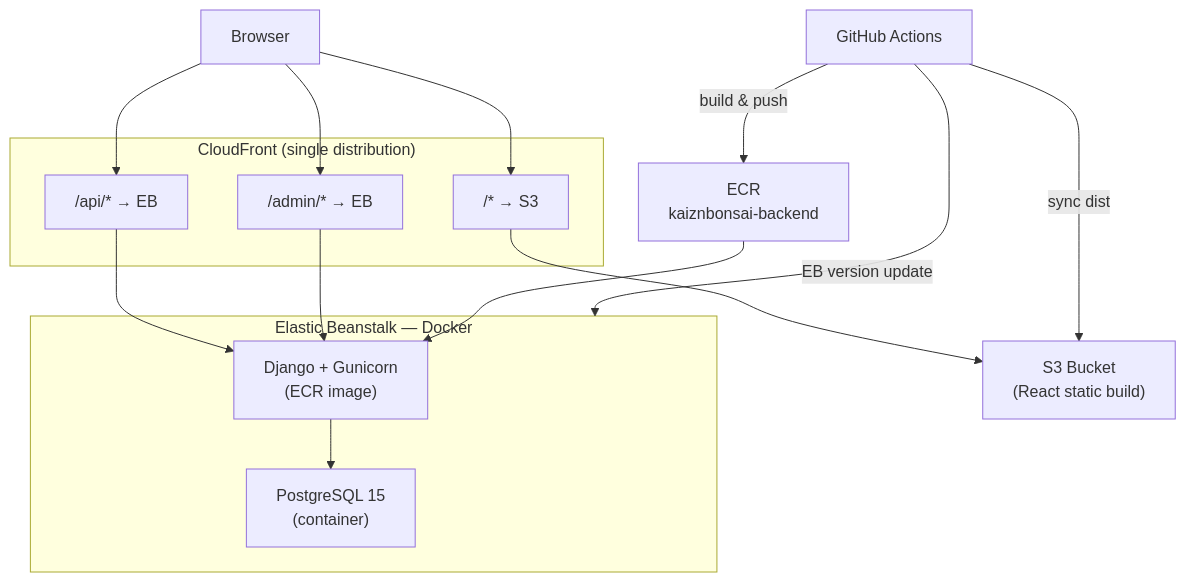
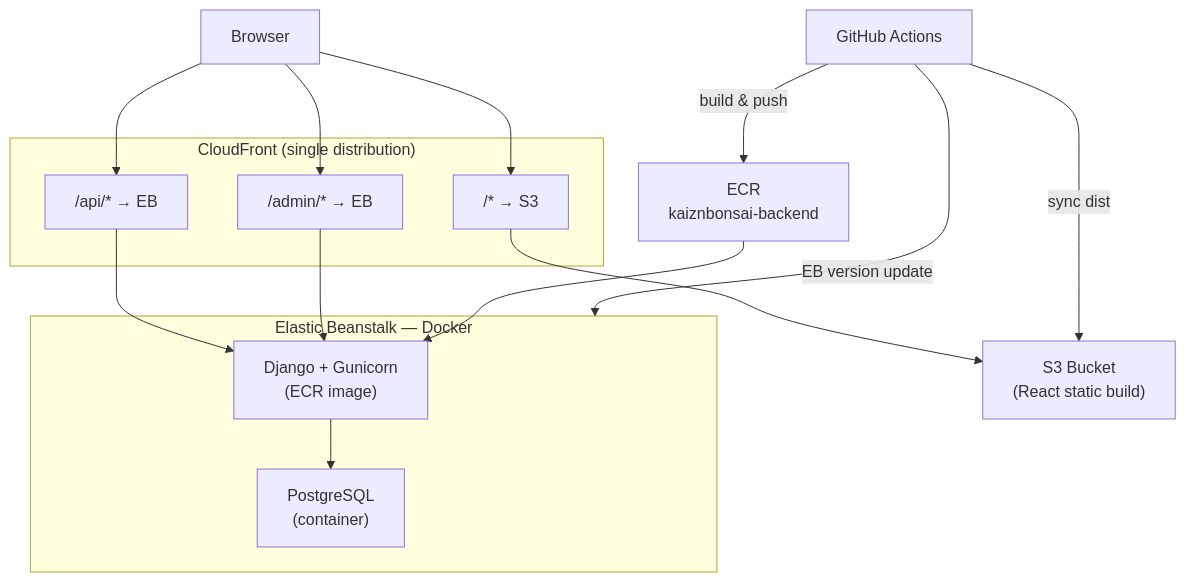
One commit to ahendler/kaiznbonsai changed the diagram in infrastructure/README.md. Above: the diagram before and after it, drawn with Mermaid. The commit also changed other lines of this file and 5 other files, not shown here.

````diff
--- a/infrastructure/README.md
+++ b/infrastructure/README.md
@@ -7,32 +7,32 @@
 ```mermaid
 graph TD
     Browser["Browser"]
 
     subgraph CDN ["CloudFront (single distribution)"]
         CF_S3["/* → S3"]
         CF_API["/api/* → EB"]
         CF_ADMIN["/admin/* → EB"]
     end
 
     S3["S3 Bucket<br/>(React static build)"]
 
     subgraph EB["Elastic Beanstalk — Docker"]
         Django["Django + Gunicorn<br/>(ECR image)"]
-        PG["PostgreSQL 15<br/>(container)"]
+        PG["PostgreSQL<br/>(container)"]
     end
 
     ECR["ECR<br/>kaiznbonsai-backend"]
     GHA["GitHub Actions"]
 
     Browser --> CF_S3
     Browser --> CF_API
     Browser --> CF_ADMIN
     CF_S3 --> S3
     CF_API --> Django
     CF_ADMIN --> Django
     Django --> PG
     GHA -->|build & push| ECR
     GHA -->|sync dist| S3
     GHA -->|EB version update| EB
     ECR --> Django
 ```
````
